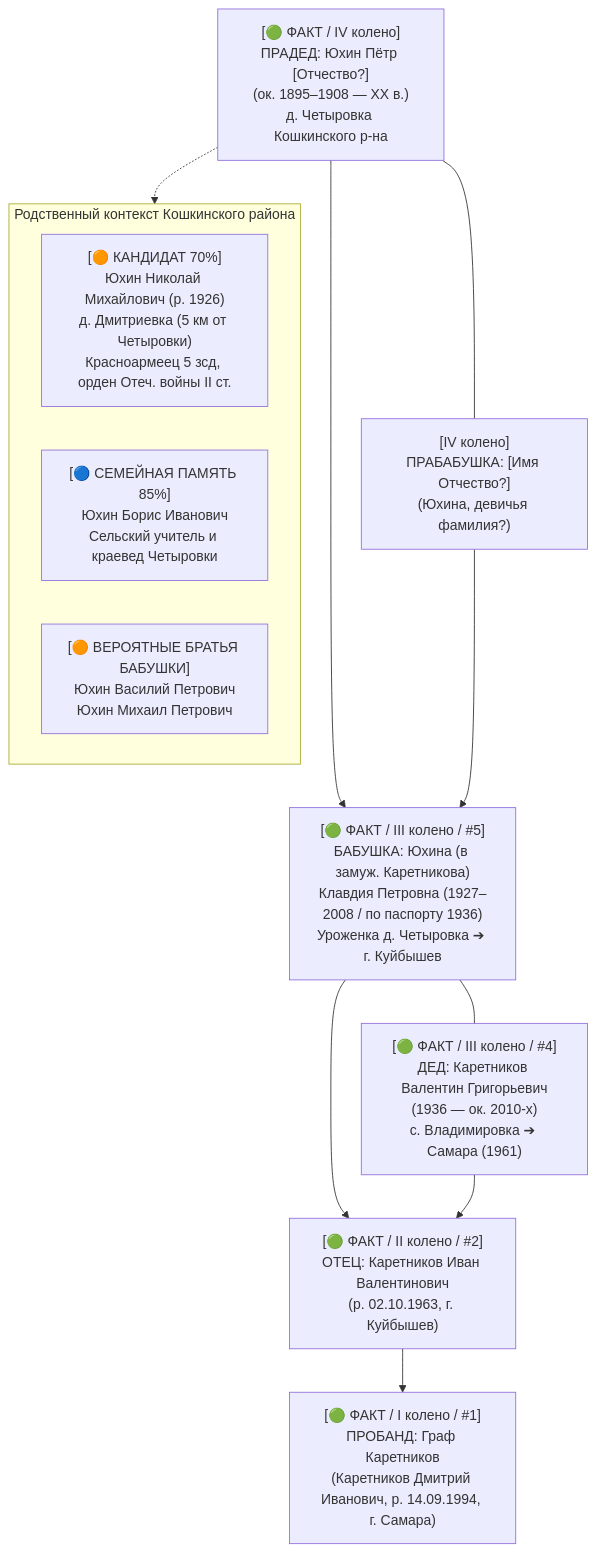
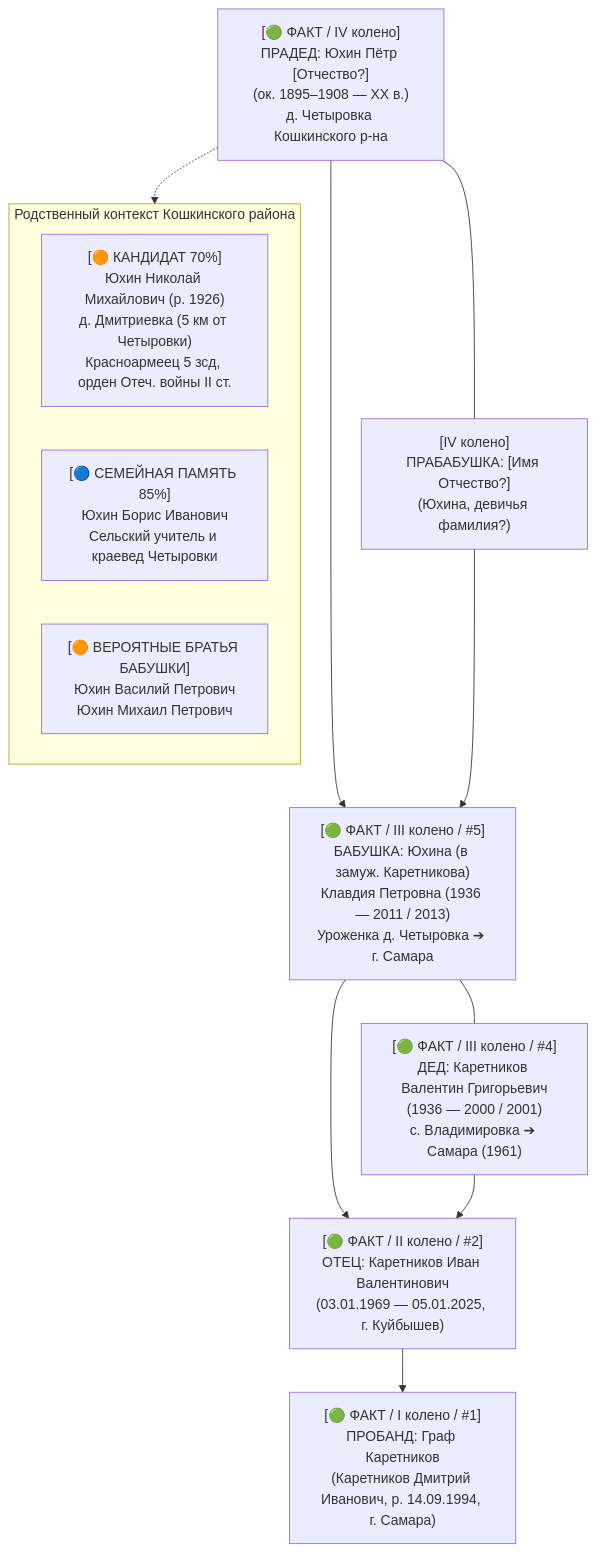
Before and after one commit to Radmatot88/karetnikov-lineage: the first of 2 diagrams in data/research_sprint/14_YUKHIN_CHETYROVKA_KONDOURCHA_DOSSIER.md, drawn with Mermaid. The commit also changed other lines of this file and 16 other files, not shown here.

````diff
--- a/data/research_sprint/14_YUKHIN_CHETYROVKA_KONDOURCHA_DOSSIER.md
+++ b/data/research_sprint/14_YUKHIN_CHETYROVKA_KONDOURCHA_DOSSIER.md
@@ -29,27 +29,27 @@
 ```mermaid
 flowchart TD
     Y10["[🟢 ФАКТ / IV колено]<br/>ПРАДЕД: Юхин Пётр [Отчество?]<br/>(ок. 1895–1908 — ХХ в.)<br/>д. Четыровка Кошкинского р-на"]
     Y11["[IV колено]<br/>ПРАБАБУШКА: [Имя Отчество?]<br/>(Юхина, девичья фамилия?)"]
     
-    Y5["[🟢 ФАКТ / III колено / #5]<br/>БАБУШКА: Юхина (в замуж. Каретникова)<br/>Клавдия Петровна (1927–2008 / по паспорту 1936)<br/>Уроженка д. Четыровка ➔ г. Куйбышев"]
-    K4["[🟢 ФАКТ / III колено / #4]<br/>ДЕД: Каретников Валентин Григорьевич<br/>(1936 — ок. 2010-х)<br/>с. Владимировка ➔ Самара (1961)"]
+    Y5["[🟢 ФАКТ / III колено / #5]<br/>БАБУШКА: Юхина (в замуж. Каретникова)<br/>Клавдия Петровна (1936 — 2011 / 2013)<br/>Уроженка д. Четыровка ➔ г. Самара"]
+    K4["[🟢 ФАКТ / III колено / #4]<br/>ДЕД: Каретников Валентин Григорьевич<br/>(1936 — 2000 / 2001)<br/>с. Владимировка ➔ Самара (1961)"]
     
-    K2["[🟢 ФАКТ / II колено / #2]<br/>ОТЕЦ: Каретников Иван Валентинович<br/>(р. 02.10.1963, г. Куйбышев)"]
+    K2["[🟢 ФАКТ / II колено / #2]<br/>ОТЕЦ: Каретников Иван Валентинович<br/>(03.01.1969 — 05.01.2025, г. Куйбышев)"]
     K1["[🟢 ФАКТ / I колено / #1]<br/>ПРОБАНД: Граф Каретников<br/>(Каретников Дмитрий Иванович, р. 14.09.1994, г. Самара)"]
 
     Y10 --- Y11
     Y10 --> Y5
     Y11 --> Y5
     Y5 --- K4
     Y5 --> K2
     K4 --> K2
     K2 --> K1
 
     subgraph Relatives["Родственный контекст Кошкинского района"]
         Y_Cand1["[🟠 КАНДИДАТ 70%]<br/>Юхин Николай Михайлович (р. 1926)<br/>д. Дмитриевка (5 км от Четыровки)<br/>Красноармеец 5 зсд, орден Отеч. войны II ст."]
         Y_Cand2["[🔵 СЕМЕЙНАЯ ПАМЯТЬ 85%]<br/>Юхин Борис Иванович<br/>Сельский учитель и краевед Четыровки"]
         Y_Brothers["[🟠 ВЕРОЯТНЫЕ БРАТЬЯ БАБУШКИ]<br/>Юхин Василий Петрович<br/>Юхин Михаил Петрович"]
     end
 
     Y10 -.-> Relatives
 ```
````
